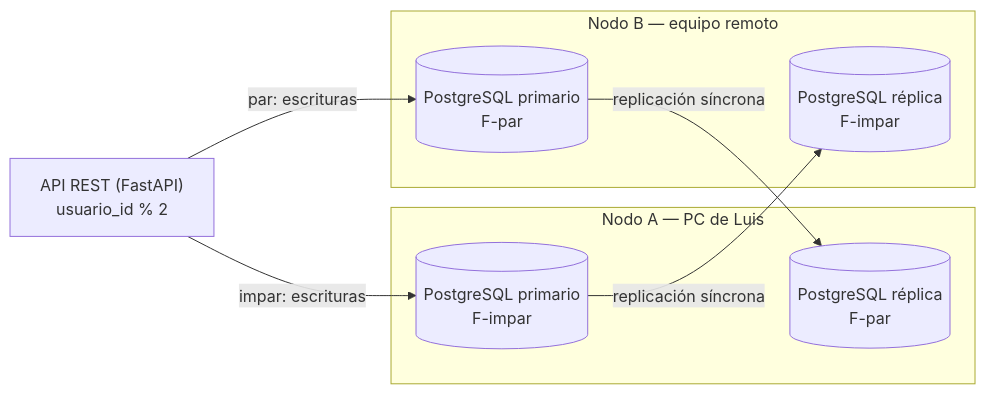
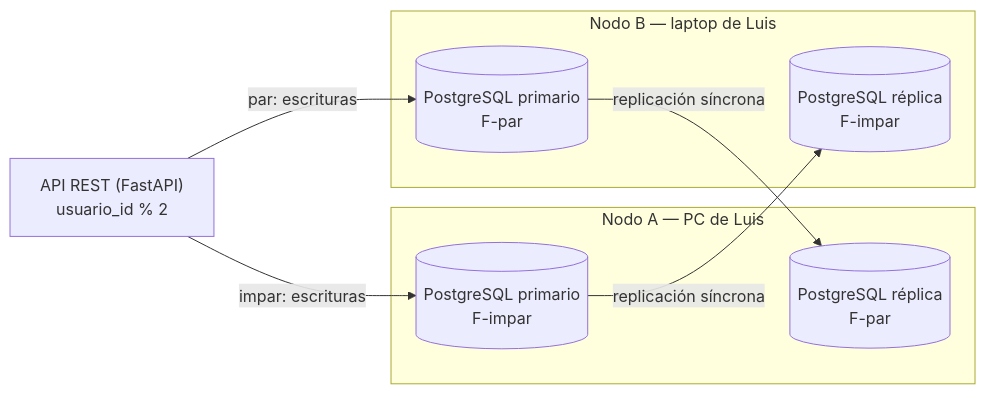
The diagram in docs/distribucion-datos.md (BankDoIt-Equipo04/bank-do-it), drawn with Mermaid before and after one commit. The commit also changed other lines of this file and 6 other files, not shown here.

First line of the commit message:
docs: asignar la PC de escritorio de Luis como Nodo A y su laptop como Nodo B

````diff
--- a/docs/distribucion-datos.md
+++ b/docs/distribucion-datos.md
@@ -53,19 +53,19 @@
 ```mermaid
 flowchart LR
     API["API REST (FastAPI)<br/>usuario_id % 2"]
 
     subgraph A["Nodo A — PC de Luis"]
         A1[("PostgreSQL primario<br/>F-impar")]
         A2[("PostgreSQL réplica<br/>F-par")]
     end
 
-    subgraph B["Nodo B — equipo remoto"]
+    subgraph B["Nodo B — laptop de Luis"]
         B1[("PostgreSQL primario<br/>F-par")]
         B2[("PostgreSQL réplica<br/>F-impar")]
     end
 
     API -- "impar: escrituras" --> A1
     API -- "par: escrituras" --> B1
     A1 -- "replicación síncrona" --> B2
     B1 -- "replicación síncrona" --> A2
 ```
````
